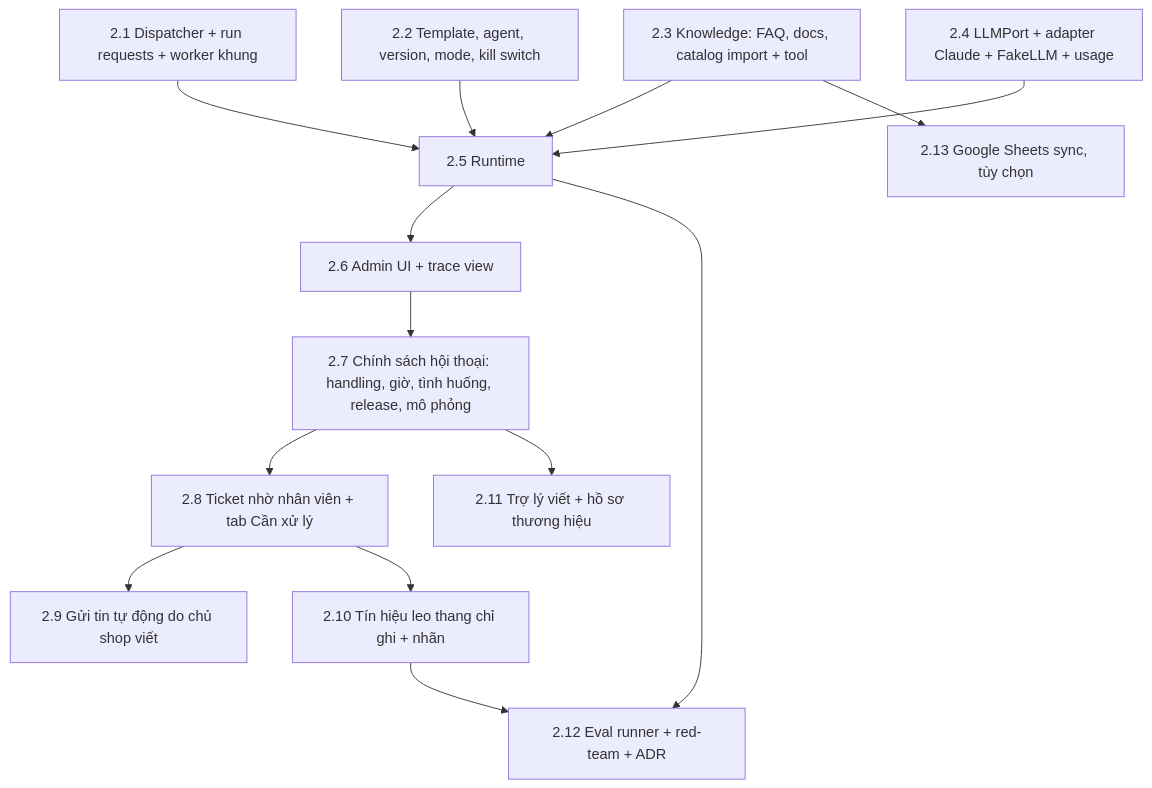
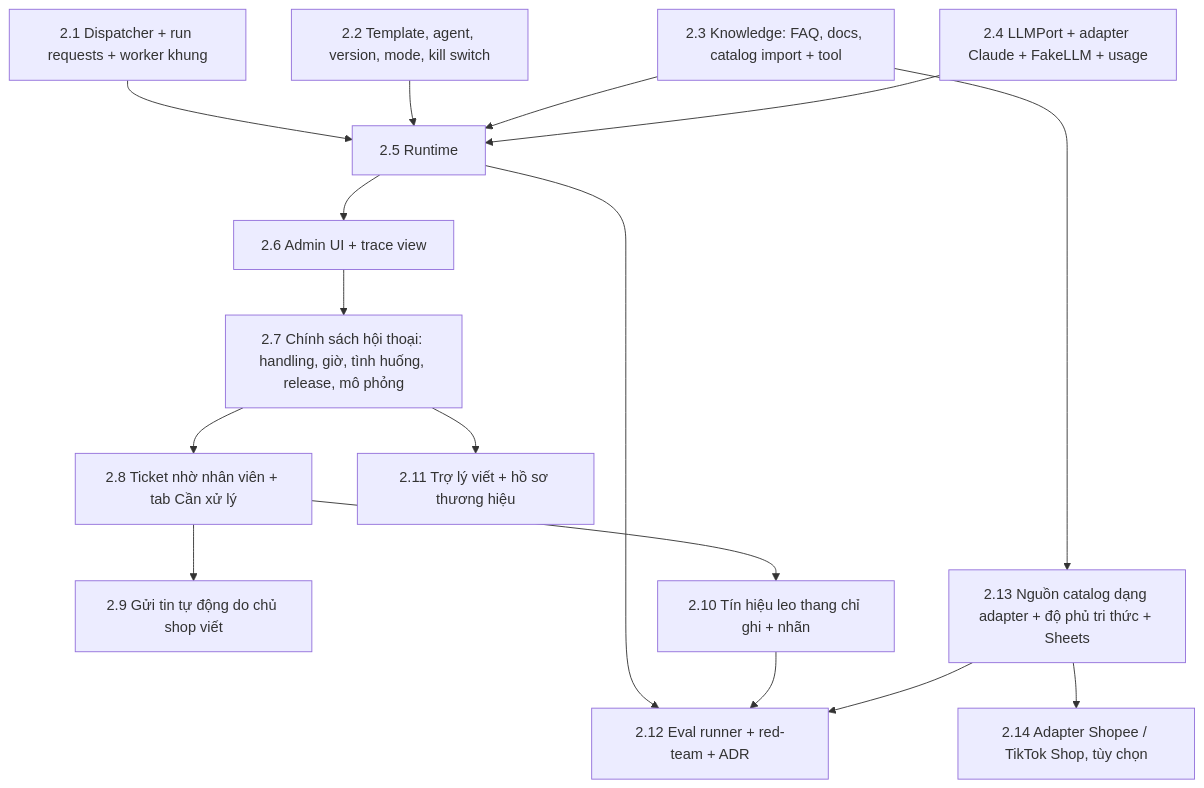
Before and after one commit to ziu222/assistance-chatbot: the seventh of 8 diagrams in docs/design/02-agent-from-template.md, drawn with Mermaid. The commit also changed other lines of this file and 1 other file, not shown here.

````diff
--- a/docs/design/02-agent-from-template.md
+++ b/docs/design/02-agent-from-template.md
@@ -626,16 +628,18 @@
 ```mermaid
 flowchart TD
     A[2.1 Dispatcher + run requests + worker khung] --> E[2.5 Runtime]
     B[2.2 Template, agent, version, mode, kill switch] --> E
     C[2.3 Knowledge: FAQ, docs, catalog import + tool] --> E
     D[2.4 LLMPort + adapter Claude + FakeLLM + usage] --> E
     E --> F[2.6 Admin UI + trace view]
     F --> P[2.7 Chính sách hội thoại: handling, giờ, tình huống, release, mô phỏng]
     P --> T[2.8 Ticket nhờ nhân viên + tab Cần xử lý]
     T --> S[2.9 Gửi tin tự động do chủ shop viết]
     T --> X[2.10 Tín hiệu leo thang chỉ ghi + nhãn]
     P --> W[2.11 Trợ lý viết + hồ sơ thương hiệu]
     E --> G[2.12 Eval runner + red-team + ADR]
     X --> G
-    C --> H[2.13 Google Sheets sync, tùy chọn]
+    C --> H[2.13 Nguồn catalog dạng adapter + độ phủ tri thức + Sheets]
+    H --> M[2.14 Adapter Shopee / TikTok Shop, tùy chọn]
+    H --> G
 ```
````
